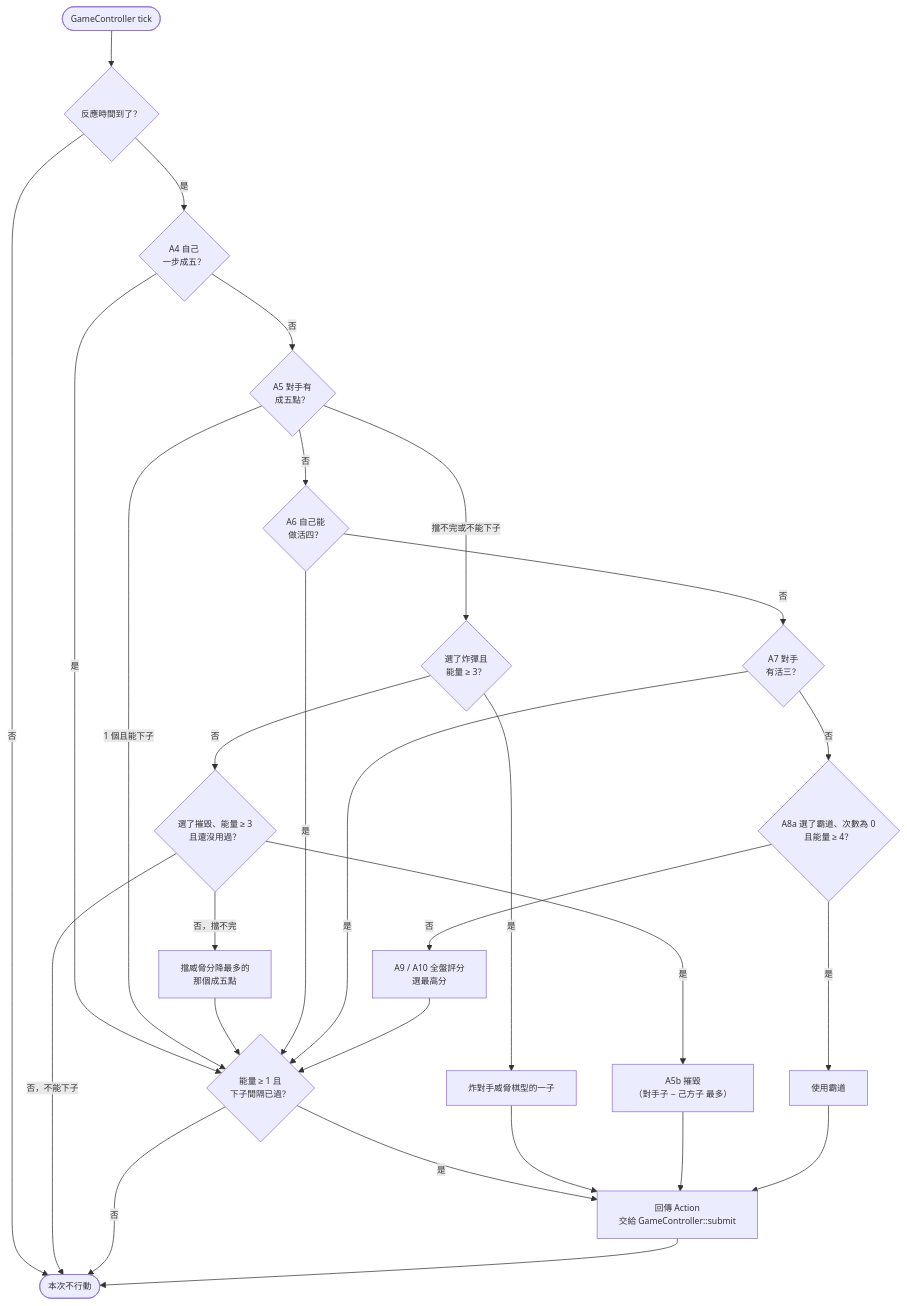
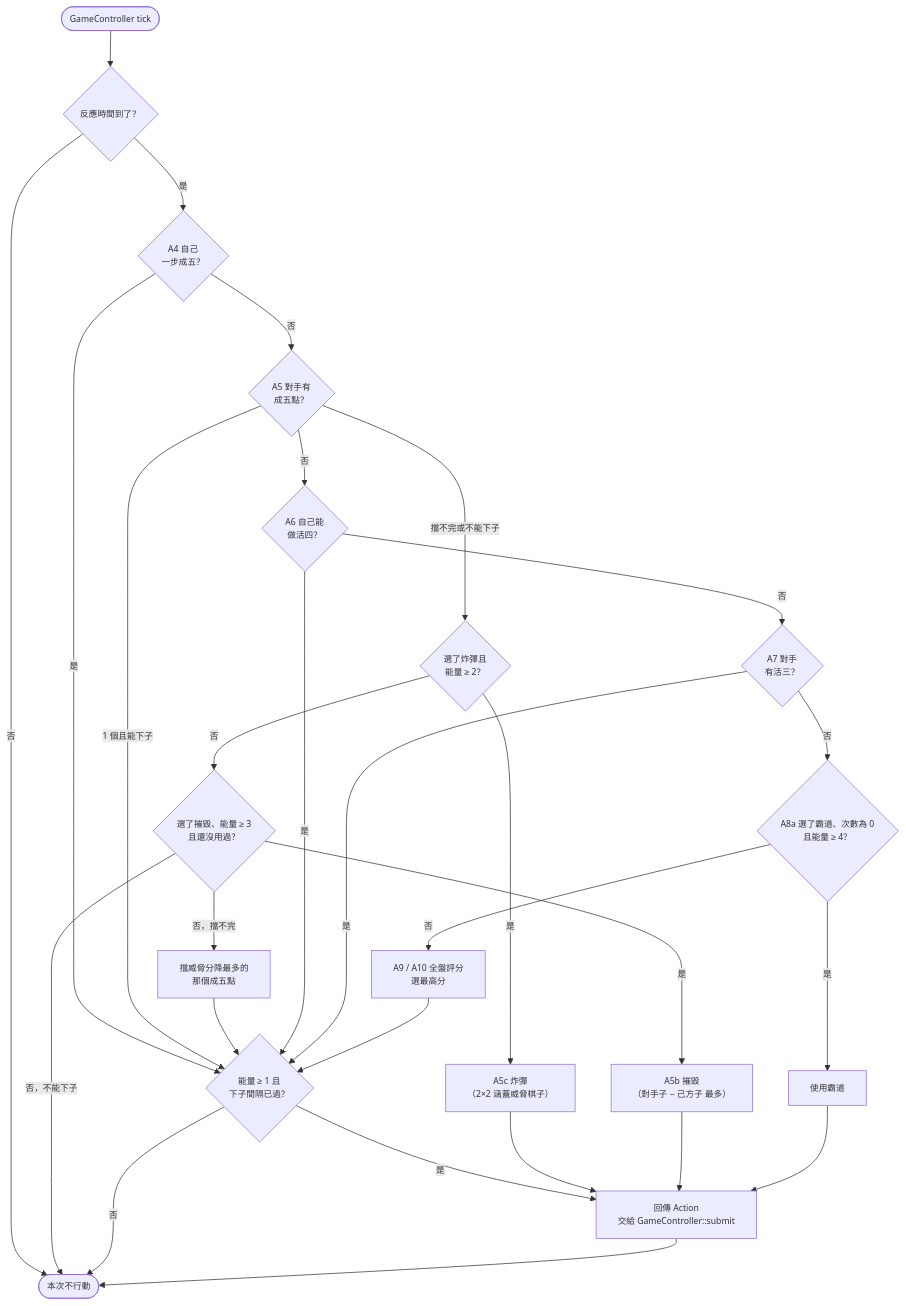
Before and after one commit to i0cRAY/gomoku_new: the second of 2 diagrams in docs/design.md, drawn with Mermaid. The commit also changed other lines of this file and 26 other files, not shown here.

````diff
--- a/docs/design.md
+++ b/docs/design.md
@@ -391,32 +395,32 @@
 ```mermaid
 %%{init: {"flowchart": {"useMaxWidth": true}, "themeVariables": {"fontSize": "12px"}}}%%
 flowchart TD
 Place{"能量 ≥ 1 且<br/>下子間隔已過？"}
 Start([GameController tick]) --> Ready{"反應時間到了？"}
 Ready -->|否| End([本次不行動])
 Ready -->|是| Win{"A4 自己<br/>一步成五？"}
 Win -->|是| Place
 Win -->|否| Threat{"A5 對手有<br/>成五點？"}
 Threat -->|"1 個且能下子"| Place
-Threat -->|"擋不完或不能下子"| Bomb{"選了炸彈且<br/>能量 ≥ 3？"}
-Bomb -->|是| UseBomb[炸對手威脅棋型的一子]
+Threat -->|"擋不完或不能下子"| Bomb{"選了炸彈且<br/>能量 ≥ 2？"}
+Bomb -->|是| UseBomb["A5c 炸彈<br/>（2×2 涵蓋威脅棋子）"]
 Bomb -->|否| Destroy{"選了摧毀、能量 ≥ 3<br/>且還沒用過？"}
 Destroy -->|是| UseDestroy["A5b 摧毀<br/>（對手子 − 己方子 最多）"]
 Destroy -->|"否，擋不完"| BlockOne["擋威脅分降最多的<br/>那個成五點"]
 Destroy -->|"否，不能下子"| End
 BlockOne --> Place
 Threat -->|否| Four{"A6 自己能<br/>做活四？"}
 Four -->|是| Place
 Four -->|否| Three{"A7 對手<br/>有活三？"}
 Three -->|是| Place
 Three -->|否| Dom{"A8a 選了霸道、次數為 0<br/>且能量 ≥ 4？"}
 Dom -->|是| UseDom[使用霸道]
 Dom -->|否| Eval["A9 / A10 全盤評分<br/>選最高分"]
 Eval --> Place
 Place -->|是| Send["回傳 Action<br/>交給 GameController::submit"]
 Place -->|否| End
 UseBomb --> Send
 UseDestroy --> Send
 UseDom --> Send
 Send --> End
 ```
````
